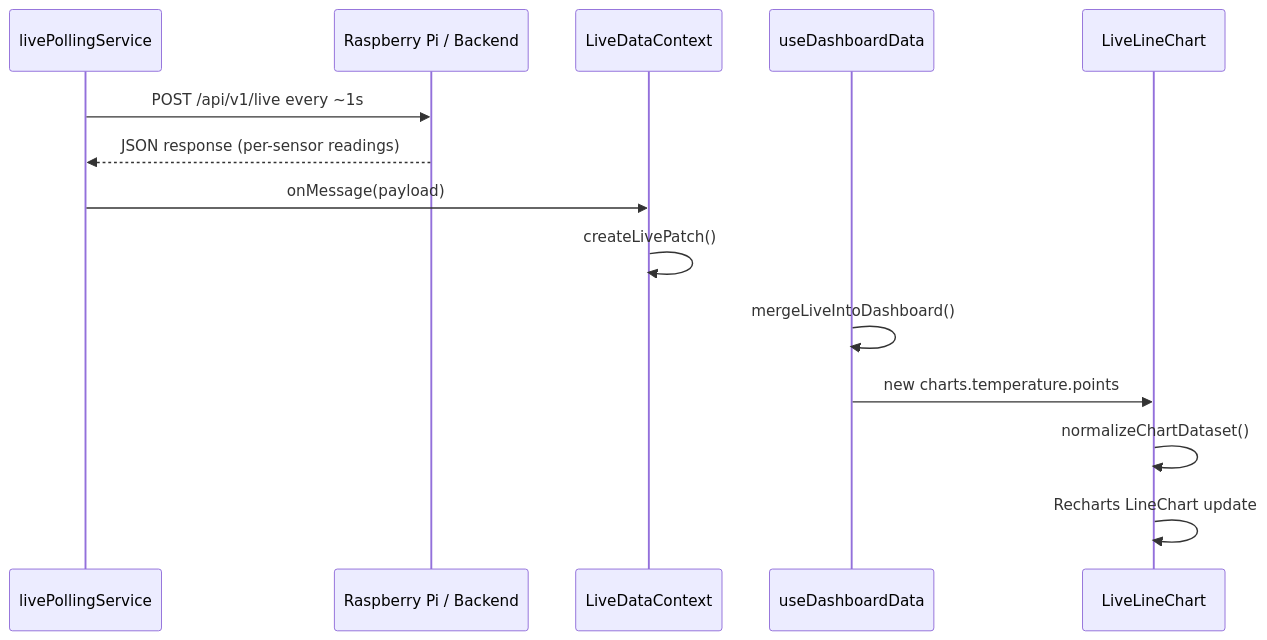
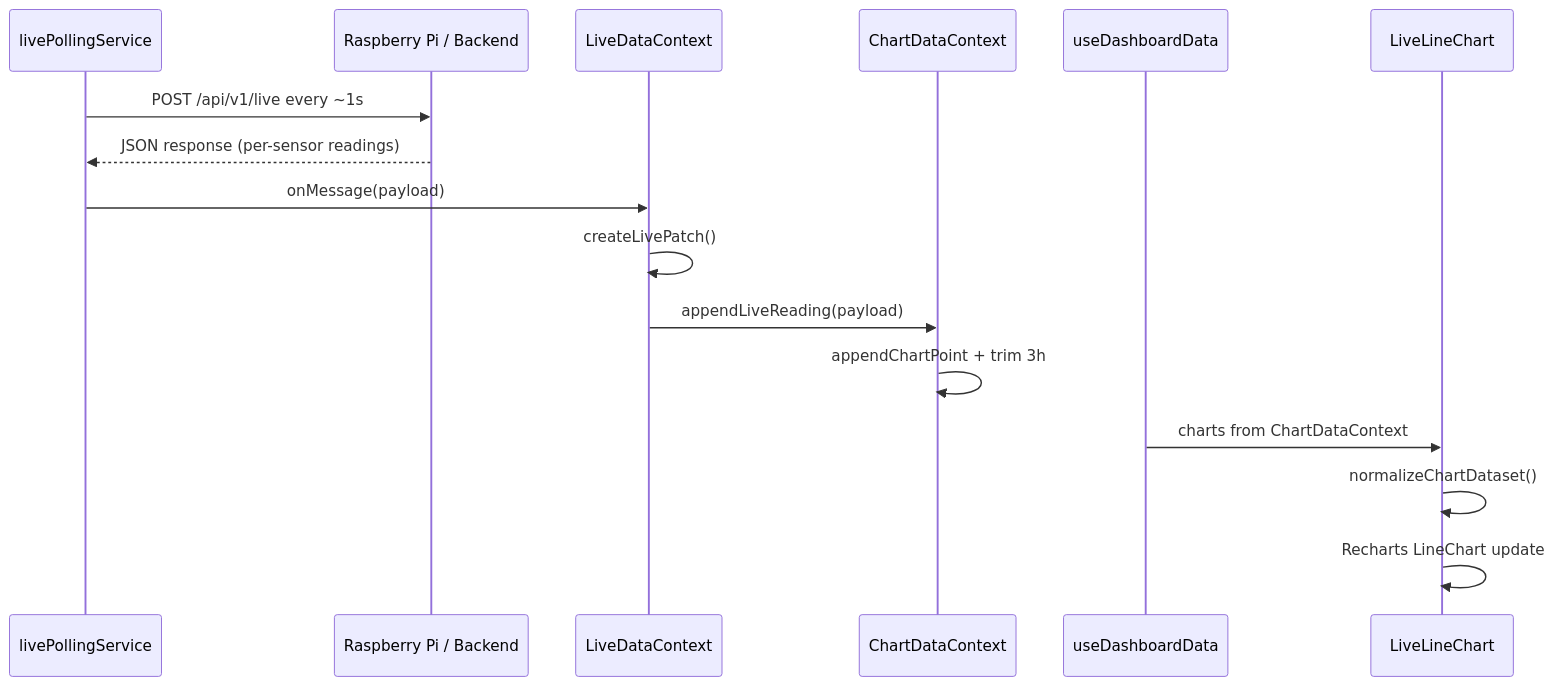
Before and after one commit to mostafayman14/predictive-maintenance-2: the second of 3 diagrams in docs/CHARTS.md, drawn with Mermaid. The commit also changed other lines of this file and 20 other files, not shown here.

Commit message:
charts issues

````diff
--- a/docs/CHARTS.md
+++ b/docs/CHARTS.md
@@ -246,17 +201,19 @@
 ```mermaid
 sequenceDiagram
   participant Poll as livePollingService
   participant Pi as Raspberry Pi / Backend
-  participant Ctx as LiveDataContext
+  participant Live as LiveDataContext
+  participant Charts as ChartDataContext
   participant Hook as useDashboardData
   participant Chart as LiveLineChart
 
   Poll->>Pi: POST /api/v1/live every ~1s
   Pi-->>Poll: JSON response (per-sensor readings)
-  Poll->>Ctx: onMessage(payload)
-  Ctx->>Ctx: createLivePatch()
-  Hook->>Hook: mergeLiveIntoDashboard()
-  Hook->>Chart: new charts.temperature.points
+  Poll->>Live: onMessage(payload)
+  Live->>Live: createLivePatch()
+  Live->>Charts: appendLiveReading(payload)
+  Charts->>Charts: appendChartPoint + trim 3h
+  Hook->>Chart: charts from ChartDataContext
   Chart->>Chart: normalizeChartDataset()
   Chart->>Chart: Recharts LineChart update
 ```
````
